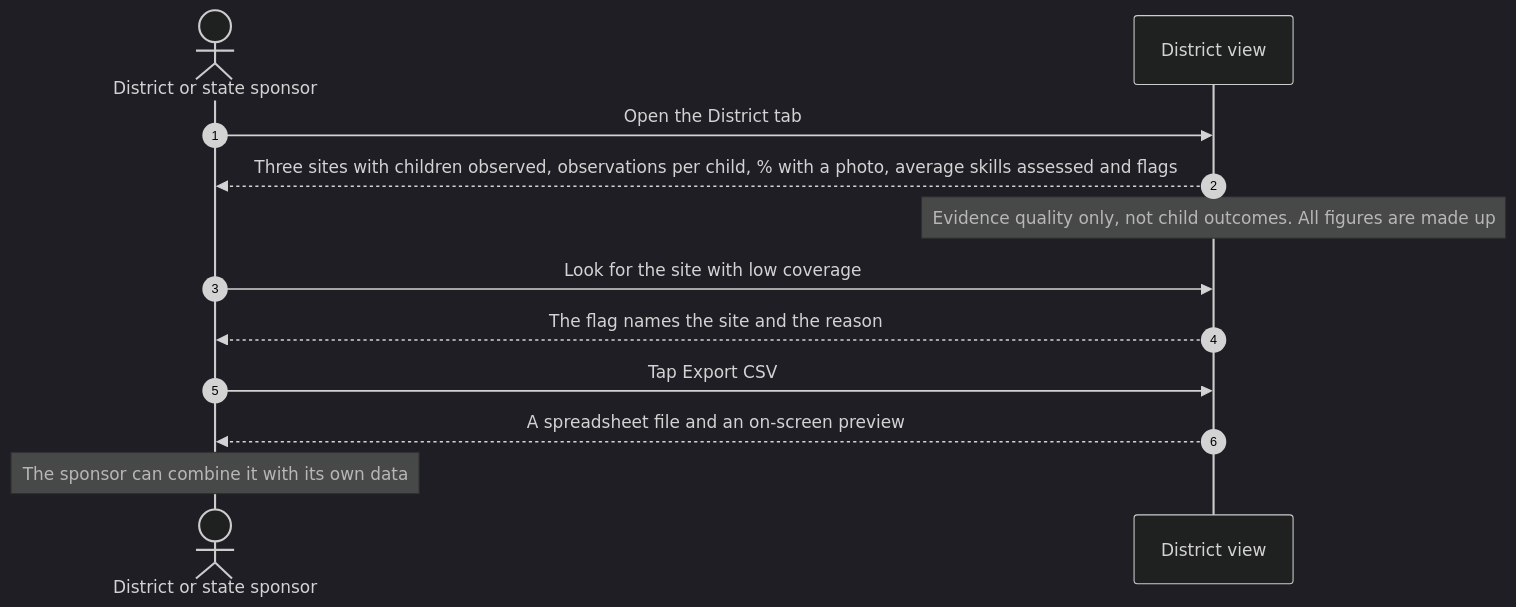
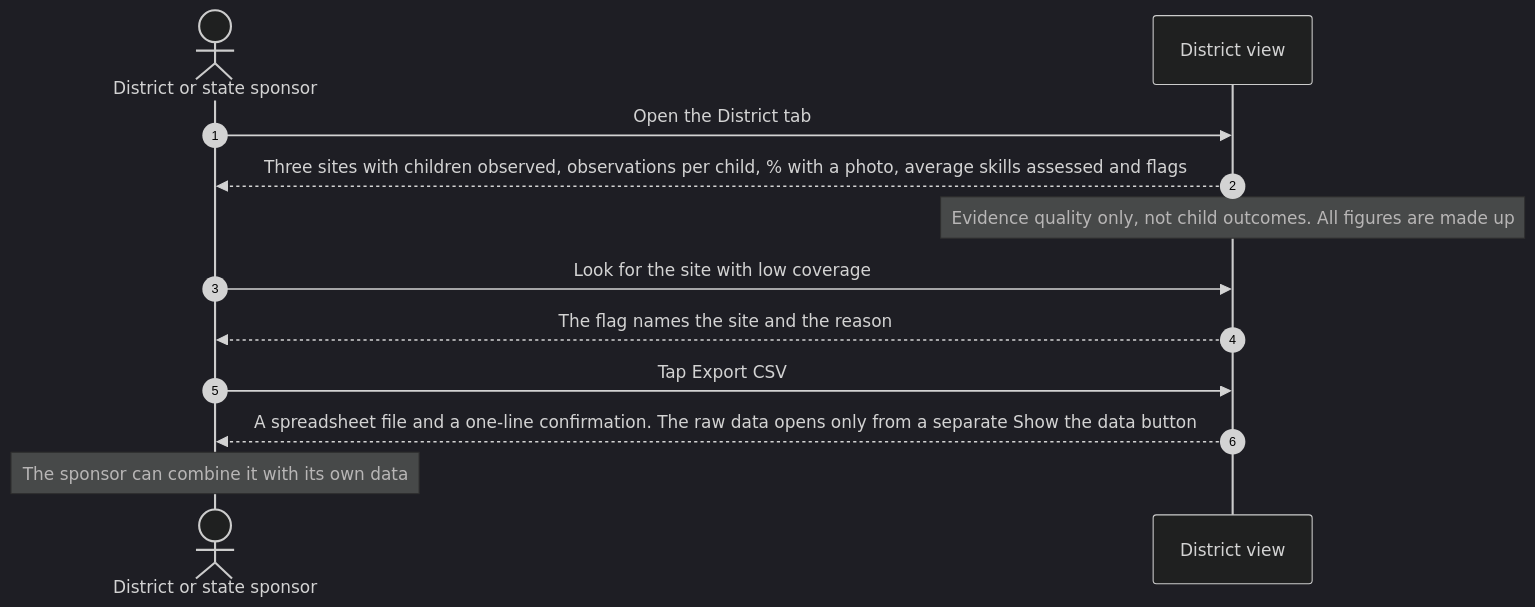
Before and after one commit to anshulthangiah/brightwheel-observation-capture: the fifth of 5 diagrams in spec/SPEC.md, drawn with Mermaid (dark theme). The commit also changed other lines of this file and 18 other files, not shown here.

````diff
--- a/spec/SPEC.md
+++ b/spec/SPEC.md
@@ -301,15 +301,15 @@
 ```mermaid
 sequenceDiagram
     autonumber
     actor P as District or state sponsor
     participant D as District view
 
     P->>D: Open the District tab
     D-->>P: Three sites with children observed, observations per child, % with a photo, average skills assessed and flags
     Note over D: Evidence quality only, not child outcomes. All figures are made up
     P->>D: Look for the site with low coverage
     D-->>P: The flag names the site and the reason
     P->>D: Tap Export CSV
-    D-->>P: A spreadsheet file and an on-screen preview
+    D-->>P: A spreadsheet file and a one-line confirmation. The raw data opens only from a separate Show the data button
     Note over P: The sponsor can combine it with its own data
 ```
````
